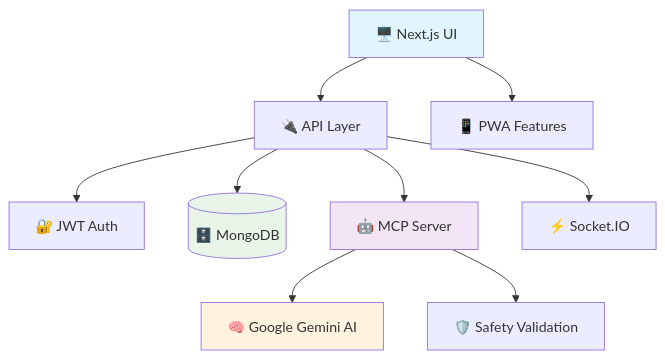
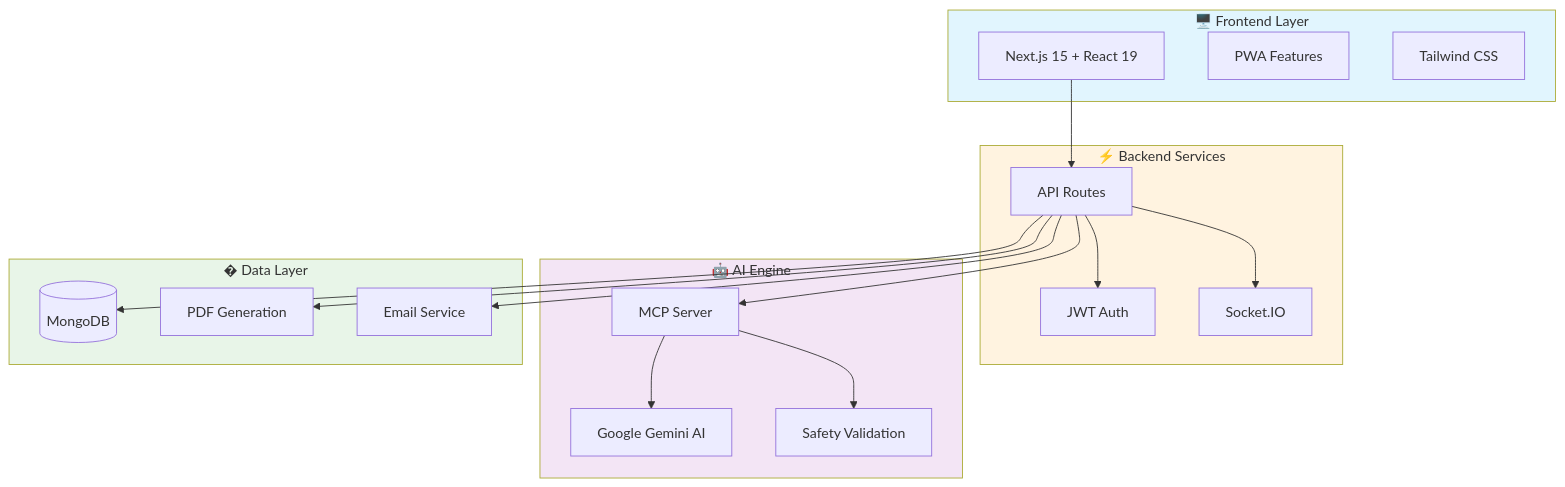
One commit to SwapysProject/doco changed the first of 2 diagrams in README.md. Above: the diagram before and after it, drawn with Mermaid. The commit also changed other lines of this file and 13 other files, not shown here.

````diff
--- a/README.md
+++ b/README.md
@@ -68,16 +7,41 @@
 ```mermaid
 graph TB
-    UI[🖥️ Next.js UI] --> API[🔌 API Layer]
-    API --> Auth[🔐 JWT Auth]
-    API --> MongoDB[(🗄️ MongoDB)]
-    API --> MCP[🤖 MCP Server]
-    MCP --> Gemini[🧠 Google Gemini AI]
-    MCP --> Safety[🛡️ Safety Validation]
-    API --> Realtime[⚡ Socket.IO]
-    UI --> PWA[📱 PWA Features]
+    subgraph Frontend["🖥️ Frontend Layer"]
+        UI[Next.js 15 + React 19]
+        PWA[PWA Features]
+        Tailwind[Tailwind CSS]
+    end
+    
+    subgraph Backend["⚡ Backend Services"]
+        API[API Routes]
+        Auth[JWT Auth]
+        Socket[Socket.IO]
+    end
+    
+    subgraph AI["🤖 AI Engine"]
+        MCP[MCP Server]
+        Gemini[Google Gemini AI]
+        Safety[Safety Validation]
+    end
+    
+    subgraph Data["�️ Data Layer"]
+        MongoDB[(MongoDB)]
+        PDFs[PDF Generation]
+        Email[Email Service]
+    end
 
-    style UI fill:#e1f5fe
-    style MCP fill:#f3e5f5
-    style Gemini fill:#fff3e0
-    style MongoDB fill:#e8f5e8
+    UI --> API
+    API --> Auth
+    API --> Socket
+    API --> MCP
+    MCP --> Gemini
+    MCP --> Safety
+    API --> MongoDB
+    API --> PDFs
+    API --> Email
+
+    style Frontend fill:#e1f5fe
+    style AI fill:#f3e5f5
+    style Data fill:#e8f5e8
+    style Backend fill:#fff3e0
 ```
````
